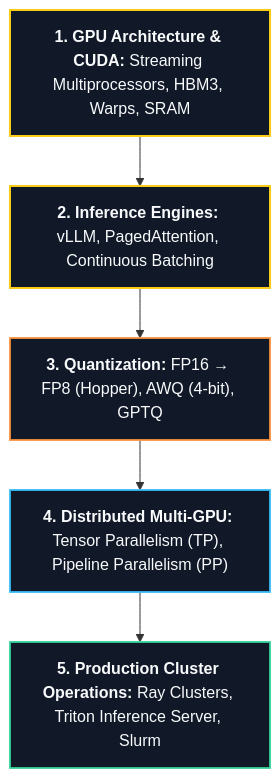
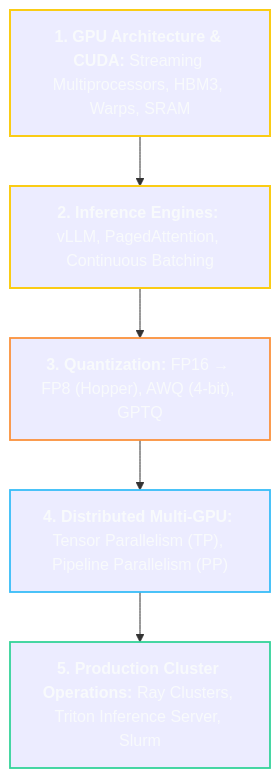
One commit to abhinavbharti2345/CS_Notes changed the diagram in BrainOS/09 - AI Infrastructure/AI Infrastructure.md. Above: the diagram before and after it, drawn with Mermaid. The commit also changed 26 other files, not shown here.

Commit message:
feat: initialize BrainOS knowledge base with foundational curriculum and roadmap notes

````diff
--- a/BrainOS/09 - AI Infrastructure/AI Infrastructure.md
+++ b/BrainOS/09 - AI Infrastructure/AI Infrastructure.md
@@ -37,13 +37,13 @@
 ```mermaid
 flowchart TD
     AI1["<b>1. GPU Architecture & CUDA:</b> Streaming Multiprocessors, HBM3, Warps, SRAM"] --> AI2["<b>2. Inference Engines:</b> vLLM, PagedAttention, Continuous Batching"]
     AI2 --> AI3["<b>3. Quantization:</b> FP16 → FP8 (Hopper), AWQ (4-bit), GPTQ"]
     AI3 --> AI4["<b>4. Distributed Multi-GPU:</b> Tensor Parallelism (TP), Pipeline Parallelism (PP)"]
     AI4 --> AI5["<b>5. Production Cluster Operations:</b> Ray Clusters, Triton Inference Server, Slurm"]
 
-    style AI1 fill:#111827,stroke:#FACC15,stroke-width:2px,color:#F8FAFC
-    style AI2 fill:#111827,stroke:#FACC15,stroke-width:2px,color:#F8FAFC
-    style AI3 fill:#111827,stroke:#FB923C,stroke-width:1.8px,color:#F8FAFC
-    style AI4 fill:#111827,stroke:#38BDF8,stroke-width:1.8px,color:#F8FAFC
-    style AI5 fill:#111827,stroke:#34D399,stroke-width:1.8px,color:#F8FAFC
+    style AI1 stroke:#FACC15,stroke-width:2px,color:#F8FAFC
+    style AI2 stroke:#FACC15,stroke-width:2px,color:#F8FAFC
+    style AI3 stroke:#FB923C,stroke-width:1.8px,color:#F8FAFC
+    style AI4 stroke:#38BDF8,stroke-width:1.8px,color:#F8FAFC
+    style AI5 stroke:#34D399,stroke-width:1.8px,color:#F8FAFC
 ```
````
